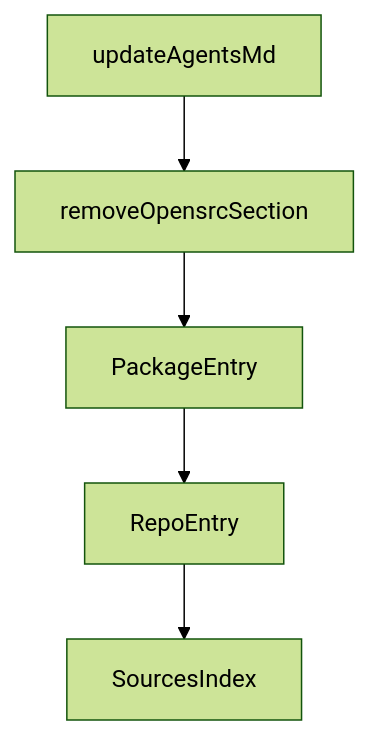
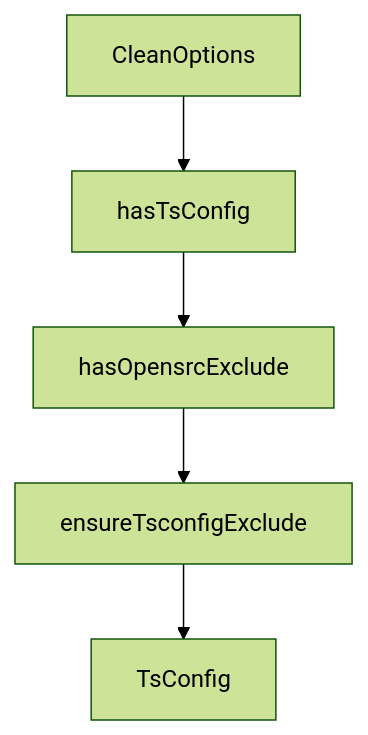
Before and after one commit to johnxie/awesome-code-docs: the diagram in tutorials/opensrc-tutorial/07-reliability-rate-limits-and-version-fallbacks.md, drawn with Mermaid (forest theme). The commit also changed other lines of this file and 1232 other files, not shown here.

````diff
--- a/tutorials/opensrc-tutorial/07-reliability-rate-limits-and-version-fallbacks.md
+++ b/tutorials/opensrc-tutorial/07-reliability-rate-limits-and-version-fallbacks.md
@@ -210,12 +208,12 @@
 ```mermaid
 flowchart TD
-    A[updateAgentsMd]
-    B[removeOpensrcSection]
-    C[PackageEntry]
-    D[RepoEntry]
-    E[SourcesIndex]
+    A[CleanOptions]
+    B[hasTsConfig]
+    C[hasOpensrcExclude]
+    D[ensureTsconfigExclude]
+    E[TsConfig]
     A --> B
     B --> C
     C --> D
     D --> E
 ```
````
